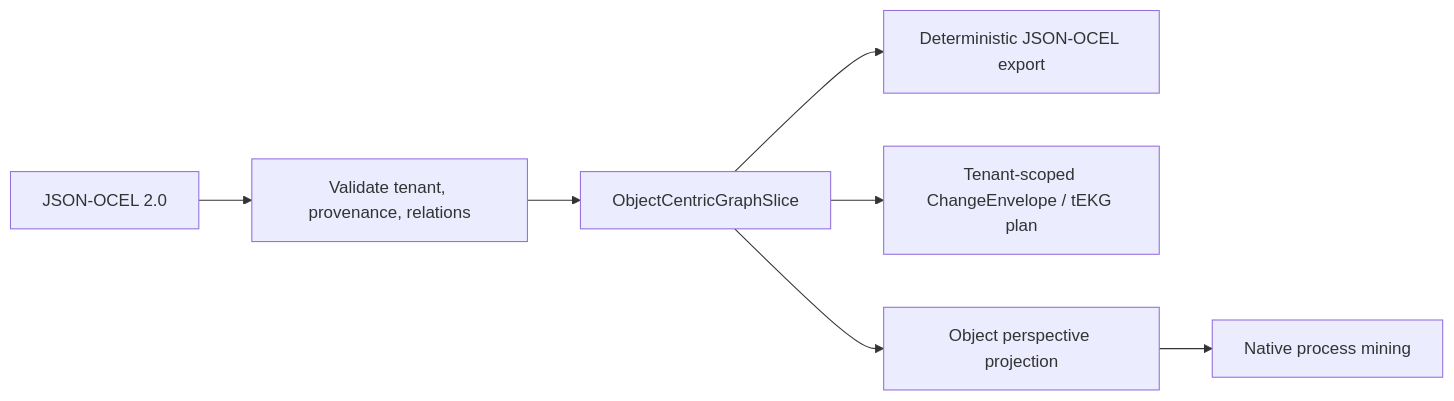
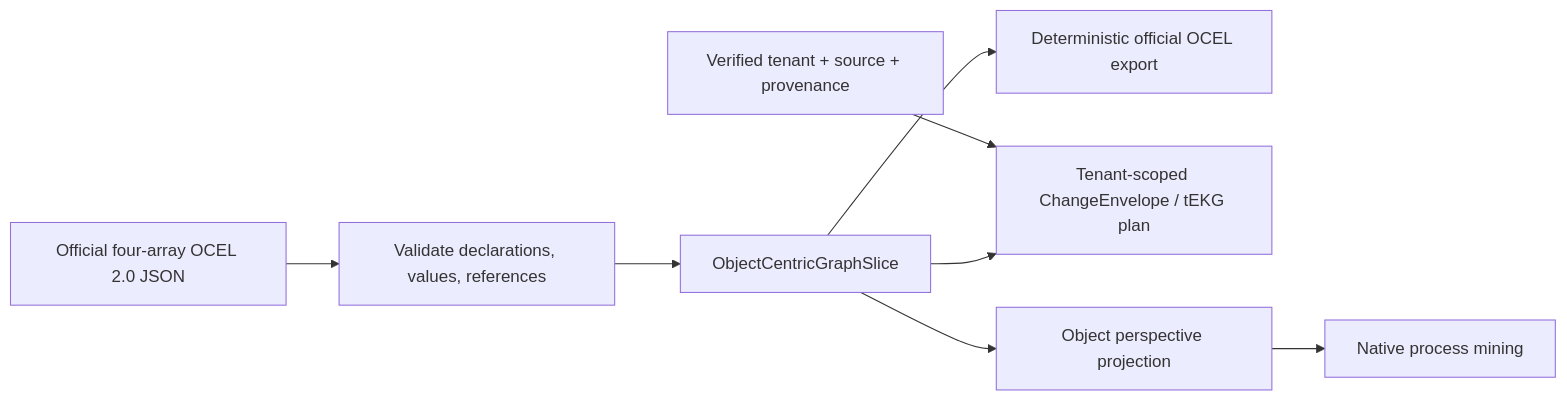
One commit to Knuckles-Team/agent-utilities changed the diagram in docs/architecture/governed_ocel.md. Above: the diagram before and after it, drawn with Mermaid. The commit also changed other lines of this file and 9 other files, not shown here.

Commit message:
fix(ingestion): conform OCEL exchange to 2.0 JSON

````diff
--- a/docs/architecture/governed_ocel.md
+++ b/docs/architecture/governed_ocel.md
@@ -15,9 +30,10 @@
 ```mermaid
 flowchart LR
-    O[JSON-OCEL 2.0] --> V[Validate tenant, provenance, relations]
+    O[Official four-array OCEL 2.0 JSON] --> V["Validate declarations, values, references"]
     V --> S[ObjectCentricGraphSlice]
-    S --> E[Deterministic JSON-OCEL export]
+    S --> E[Deterministic official OCEL export]
+    G[Verified tenant + source + provenance] --> C
     S --> C[Tenant-scoped ChangeEnvelope / tEKG plan]
     S --> P[Object perspective projection]
     P --> M[Native process mining]
 ```
````
